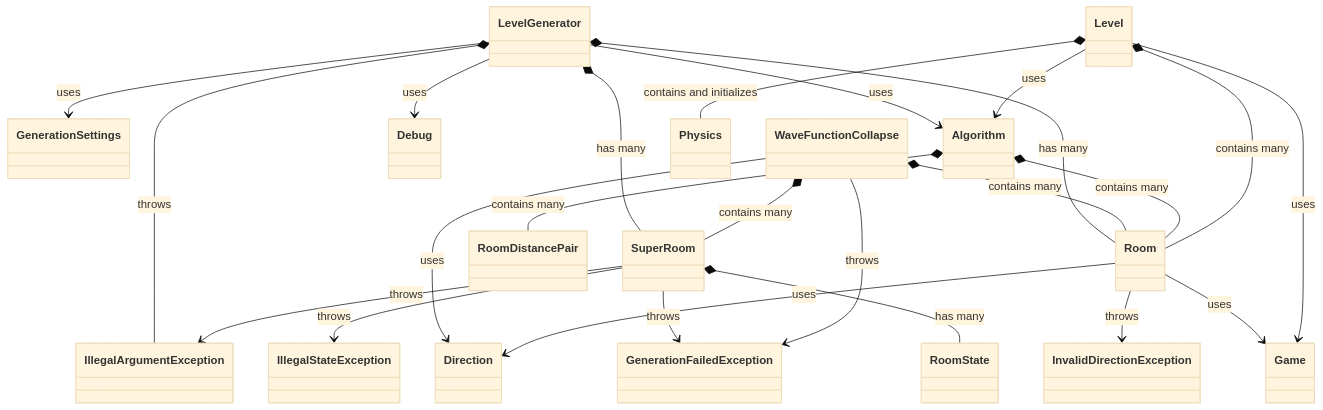
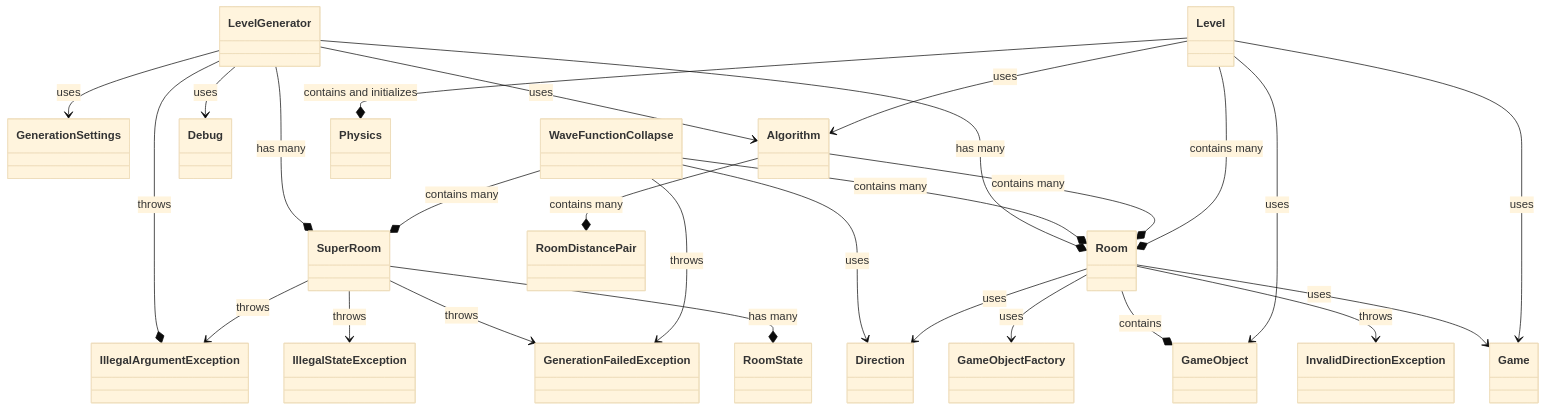
One commit to Rimaro03/docs-exam-slayer changed the third of 9 diagrams in docs/design/class_diagrams.md. Above: the diagram before and after it, drawn with Mermaid (base theme). The commit also changed other lines of this file, not shown here.

Commit message:
started component system class diagram

````diff
--- a/docs/design/class_diagrams.md
+++ b/docs/design/class_diagrams.md
@@ -17,31 +21,34 @@
 ```mermaid
 classDiagram
   LevelGenerator --> GenerationSettings: uses
-  LevelGenerator *-- Room: has many
-  LevelGenerator *-- IllegalArgumentException: throws
-  LevelGenerator *-- SuperRoom: has many
+  LevelGenerator --* Room: has many
+  LevelGenerator --* IllegalArgumentException: throws
+  LevelGenerator --* SuperRoom: has many
   LevelGenerator --> Algorithm: uses
   LevelGenerator --> Debug: uses
 
-  SuperRoom *-- RoomState: has many
+  SuperRoom --* RoomState: has many
   SuperRoom --> GenerationFailedException: throws
   SuperRoom --> IllegalArgumentException: throws
   SuperRoom --> IllegalStateException: throws
   
-  WaveFunctionCollapse *-- SuperRoom: contains many
-  WaveFunctionCollapse *-- Room: contains many
+  WaveFunctionCollapse --* SuperRoom: contains many
+  WaveFunctionCollapse --* Room: contains many
   WaveFunctionCollapse --> GenerationFailedException: throws
   WaveFunctionCollapse --> Direction: uses
   
-  Algorithm *-- RoomDistancePair: contains many
-  Algorithm *-- Room: contains many
+  Algorithm --* RoomDistancePair: contains many
+  Algorithm --* Room: contains many
 
   Room --> Direction: uses
   Room --> InvalidDirectionException: throws
   Room --> Game: uses
+  Room --* GameObject: contains
+  Room --> GameObjectFactory: uses
   
   Level --> Algorithm: uses
-  Level *-- Room: contains many
-  Level *-- Physics: contains and initializes
+  Level --* Room: contains many
+  Level --* Physics: contains and initializes
   Level --> Game: uses
+  Level --> GameObject: uses
 ```
````
